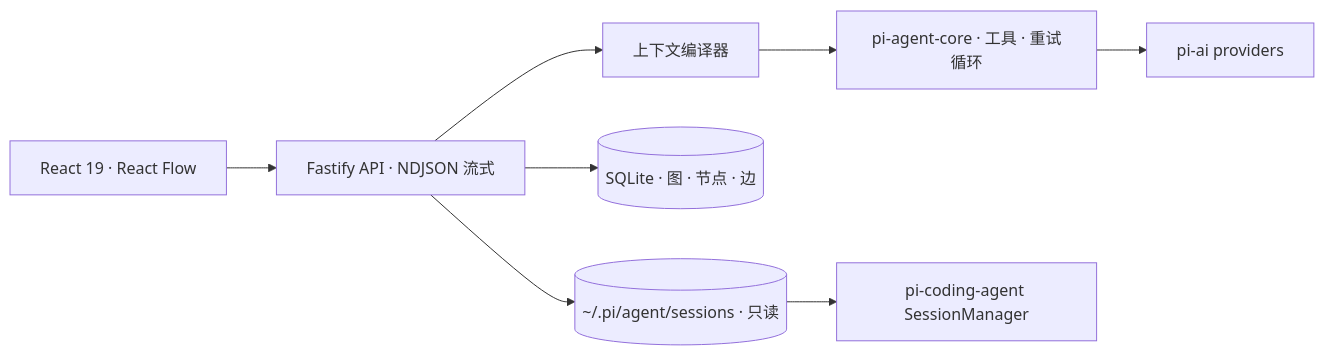
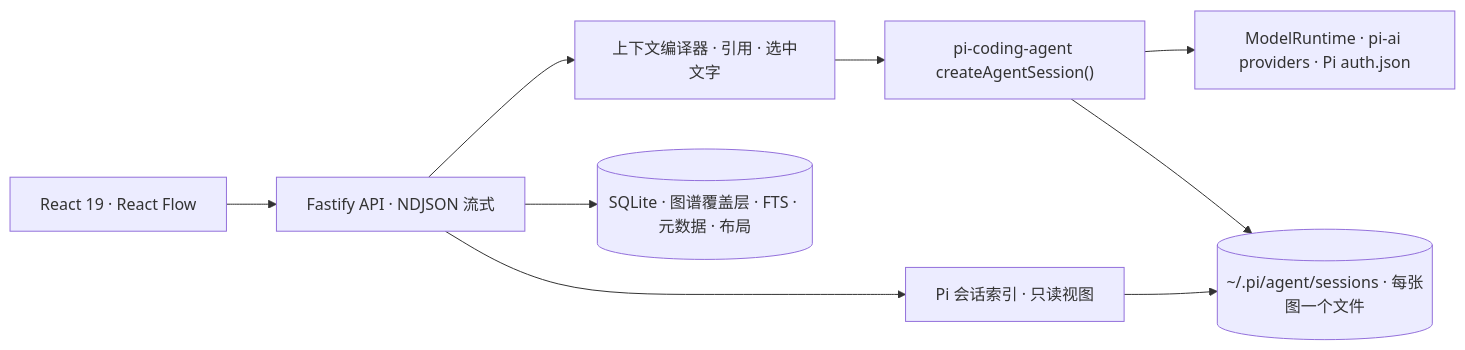
The diagram in README.zh-CN.md (everettjf/graphchat), drawn with Mermaid before and after one commit. The commit also changed other lines of this file and 29 other files, not shown here.

First line of the commit message:
Run graph answers through Pi sessions

````diff
--- a/README.zh-CN.md
+++ b/README.zh-CN.md
@@ -89,10 +90,11 @@
 ```mermaid
 flowchart LR
     UI["React 19 · React Flow"] --> API["Fastify API · NDJSON 流式"]
-    API --> CTX["上下文编译器"]
-    CTX --> AGENT["pi-agent-core · 工具 · 重试循环"]
-    AGENT --> MODELS["pi-ai providers"]
-    API --> DB[("SQLite · 图 · 节点 · 边")]
-    API --> PI[("~/.pi/agent/sessions · 只读")]
-    PI --> SM["pi-coding-agent SessionManager"]
+    API --> CTX["上下文编译器 · 引用 · 选中文字"]
+    CTX --> AGENT["pi-coding-agent createAgentSession()"]
+    AGENT --> MODELS["ModelRuntime · pi-ai providers · Pi auth.json"]
+    AGENT --> SESSION[("~/.pi/agent/sessions · 每张图一个文件")]
+    API --> DB[("SQLite · 图谱覆盖层 · FTS · 元数据 · 布局")]
+    API --> PI["Pi 会话索引 · 只读视图"]
+    PI --> SESSION
 ```
````
